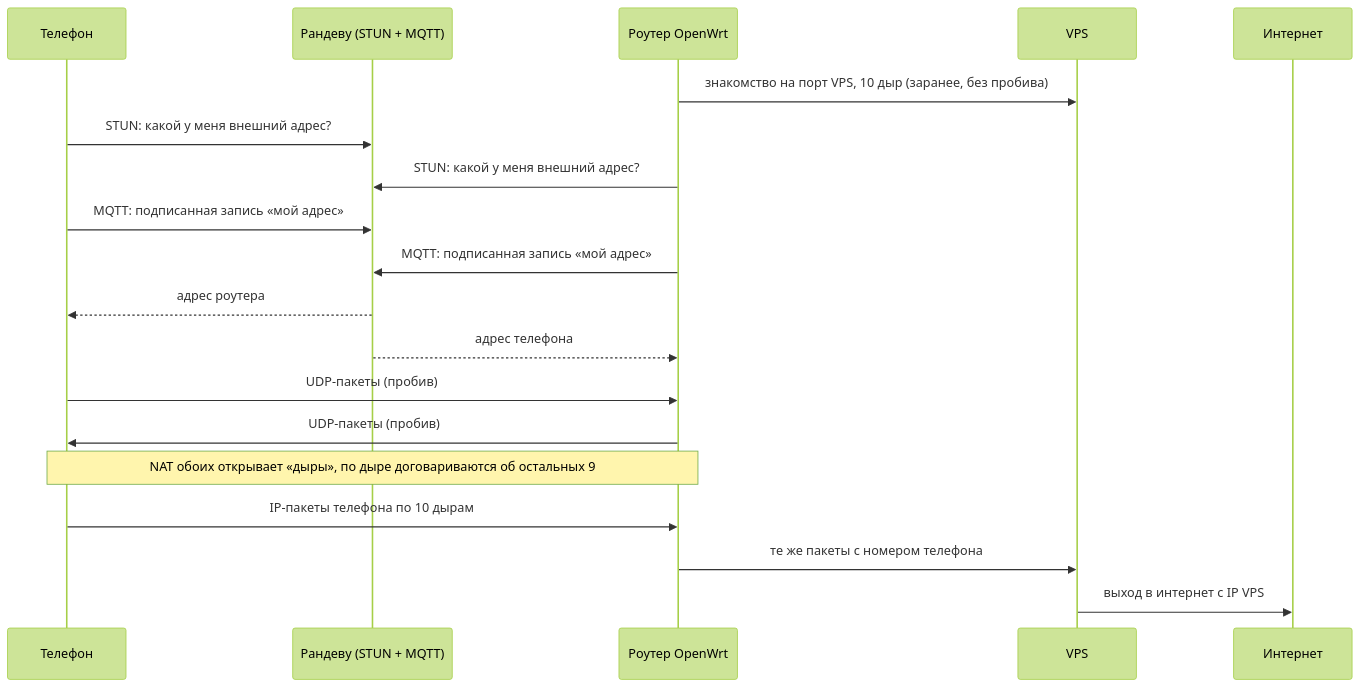
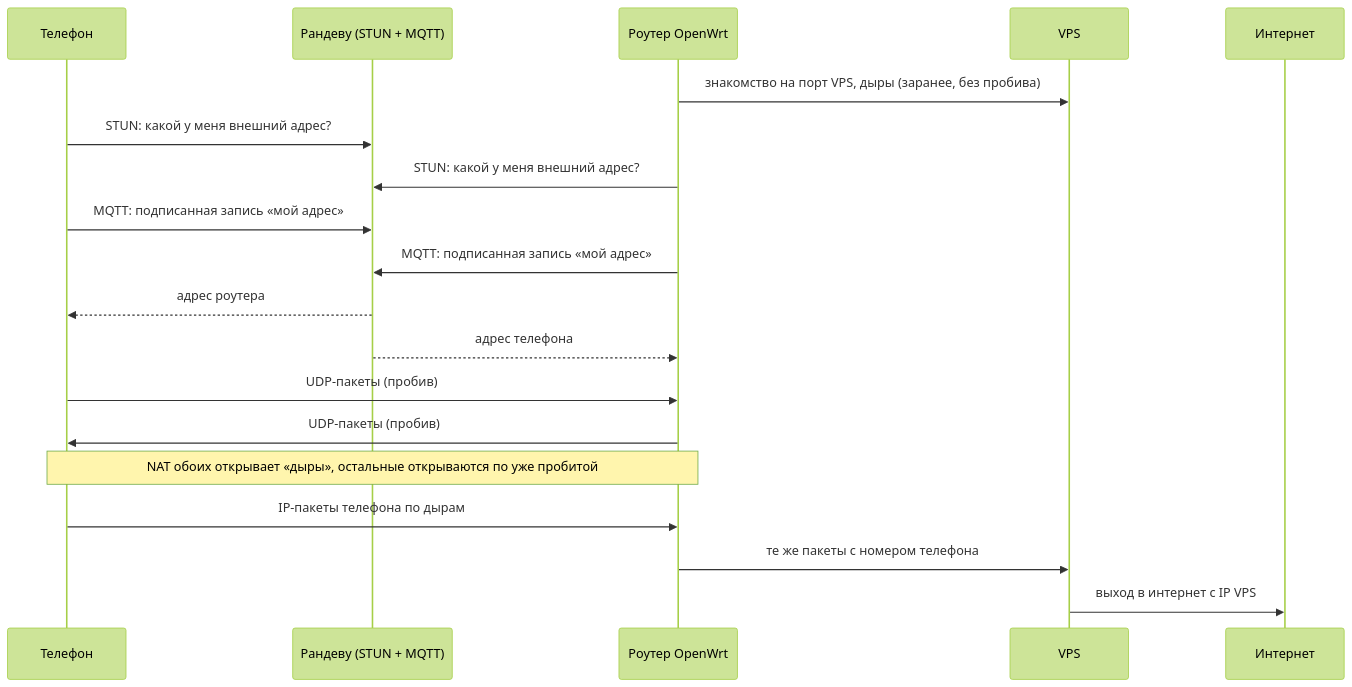
Before and after one commit to sinushkin/home-proxy: the second of 3 diagrams in README.md, drawn with Mermaid (forest theme). The commit also changed other lines of this file and 19 other files, not shown here.

````diff
--- a/README.md
+++ b/README.md
@@ -62,21 +69,21 @@
 ```mermaid
 sequenceDiagram
     participant P as Телефон
     participant R as Рандеву (STUN + MQTT)
     participant H as Роутер OpenWrt
     participant V as VPS
     participant I as Интернет
-    H->>V: знакомство на порт VPS, 10 дыр (заранее, без пробива)
+    H->>V: знакомство на порт VPS, дыры (заранее, без пробива)
     P->>R: STUN: какой у меня внешний адрес?
     H->>R: STUN: какой у меня внешний адрес?
     P->>R: MQTT: подписанная запись «мой адрес»
     H->>R: MQTT: подписанная запись «мой адрес»
     R-->>P: адрес роутера
     R-->>H: адрес телефона
     P->>H: UDP-пакеты (пробив)
     H->>P: UDP-пакеты (пробив)
-    Note over P,H: NAT обоих открывает «дыры», по дыре договариваются об остальных 9
-    P->>H: IP-пакеты телефона по 10 дырам
+    Note over P,H: NAT обоих открывает «дыры», остальные открываются по уже пробитой
+    P->>H: IP-пакеты телефона по дырам
     H->>V: те же пакеты с номером телефона
     V->>I: выход в интернет с IP VPS
 ```
````
